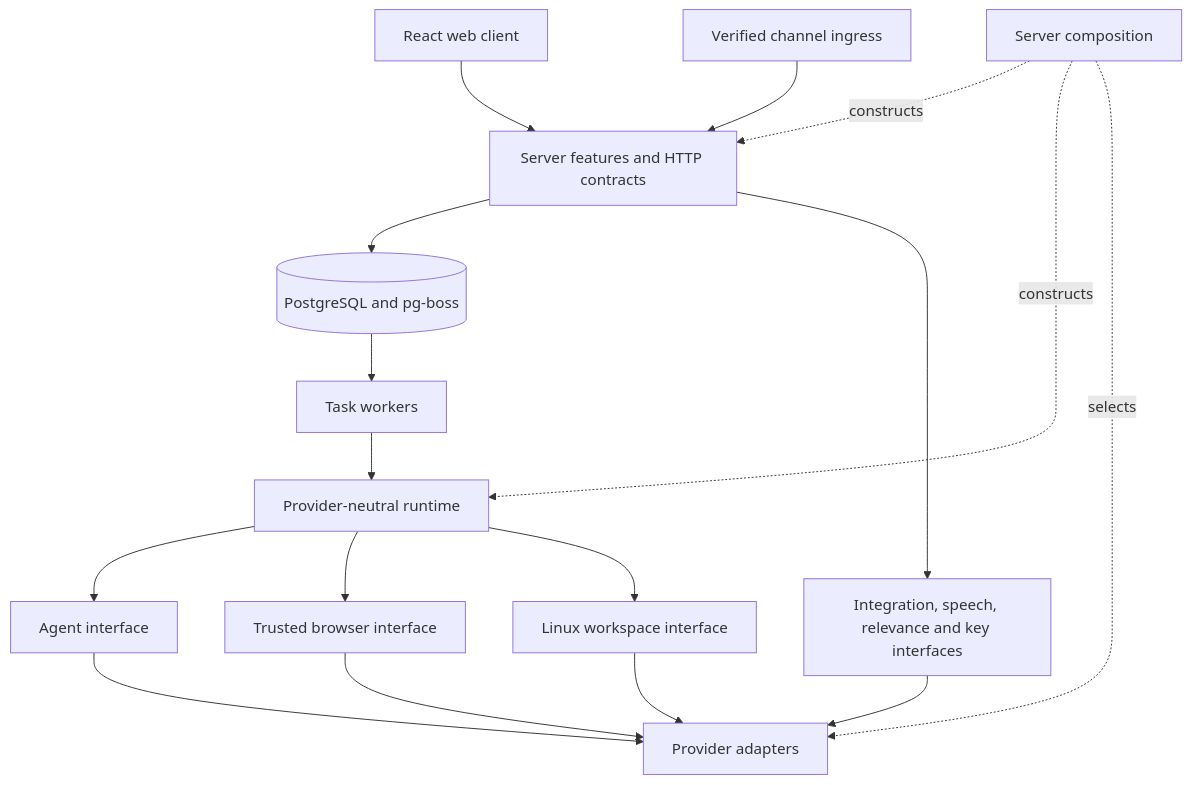
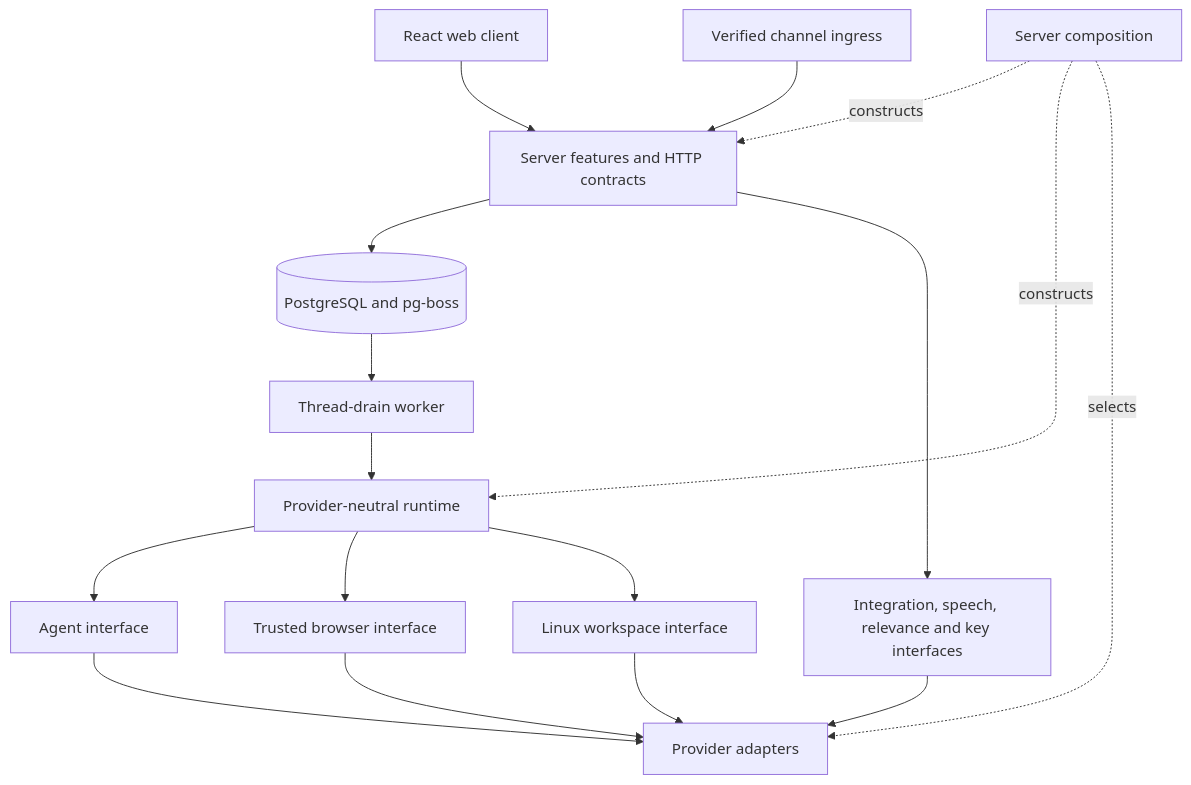
One commit to KrishBhimani/nod changed the diagram in docs/architecture.md. Above: the diagram before and after it, drawn with Mermaid. The commit also changed other lines of this file and 231 other files, not shown here.

````diff
--- a/docs/architecture.md
+++ b/docs/architecture.md
@@ -7,19 +7,19 @@
 ```mermaid
 flowchart TD
   Web[React web client] --> API[Server features and HTTP contracts]
   Channels[Verified channel ingress] --> API
   API --> DB[(PostgreSQL and pg-boss)]
-  DB --> Workers[Task workers]
+  DB --> Workers[Thread-drain worker]
   Workers --> Runtime[Provider-neutral runtime]
   Runtime --> Agent[Agent interface]
   Runtime --> Computer[Trusted browser interface]
   Runtime --> Workspace[Linux workspace interface]
   API --> Services[Integration, speech, relevance and key interfaces]
   Composition[Server composition] -. constructs .-> API
   Composition -. constructs .-> Runtime
   Composition -. selects .-> Adapters[Provider adapters]
   Agent --> Adapters
   Computer --> Adapters
   Workspace --> Adapters
   Services --> Adapters
 ```
````
